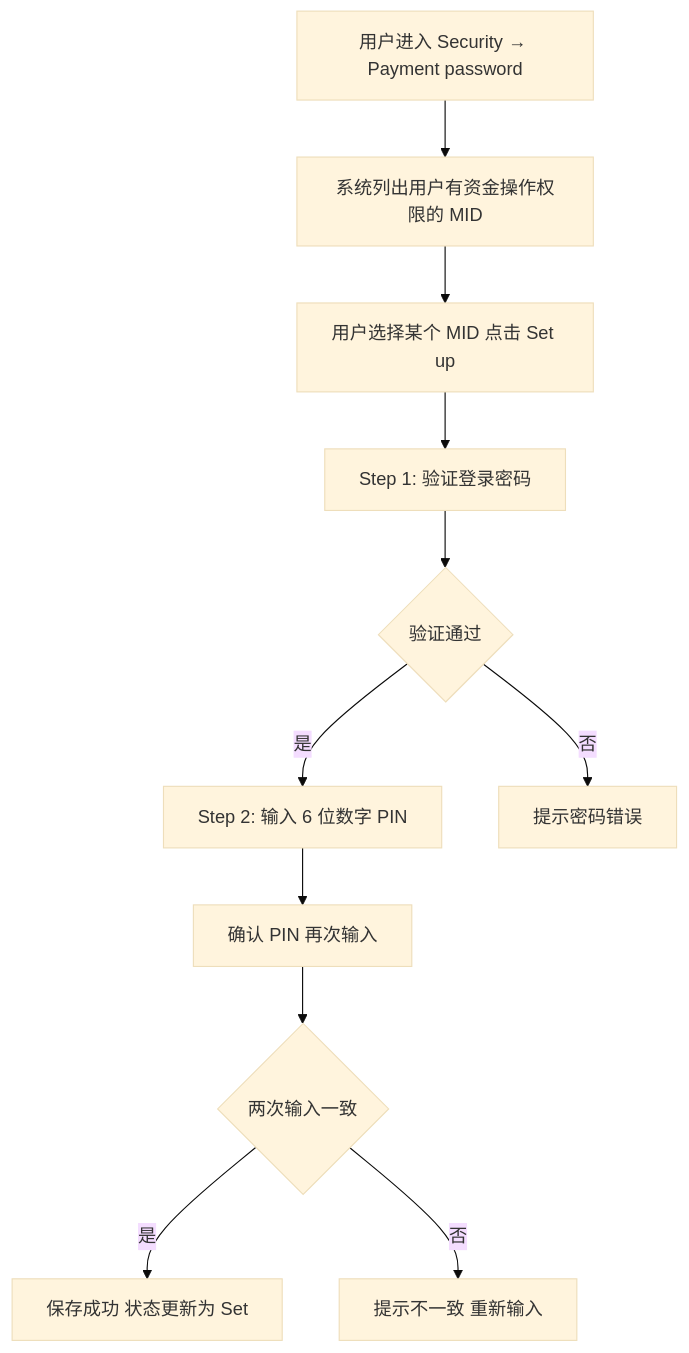
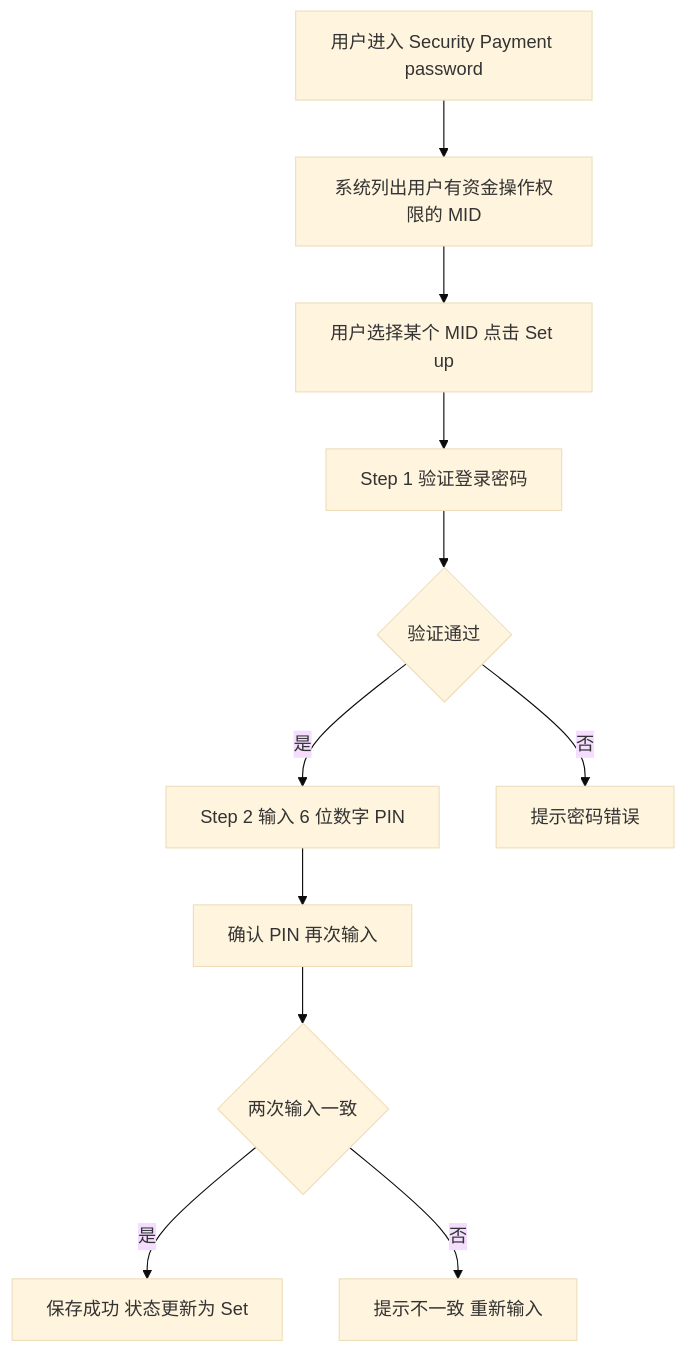
Before and after one commit to xiaoxiaoangie/EX-NEW: diagram 18 of 19 in USERPERMISSIONS/prd/Users-Roles-Permissions.md, drawn with Mermaid (base theme). The commit also changed other lines of this file and 29 other files, not shown here.

````diff
--- a/USERPERMISSIONS/prd/Users-Roles-Permissions.md
+++ b/USERPERMISSIONS/prd/Users-Roles-Permissions.md
@@ -886,13 +882,13 @@
 ```mermaid
 flowchart TD
-    A[用户进入 Security → Payment password] --> B[系统列出用户有资金操作权限的 MID]
+    A[用户进入 Security Payment password] --> B[系统列出用户有资金操作权限的 MID]
     B --> C[用户选择某个 MID 点击 Set up]
-    C --> D[Step 1: 验证登录密码]
+    C --> D[Step 1 验证登录密码]
     D --> E{验证通过}
-    E -->|是| F[Step 2: 输入 6 位数字 PIN]
+    E -->|是| F[Step 2 输入 6 位数字 PIN]
     E -->|否| G[提示密码错误]
     F --> H[确认 PIN 再次输入]
     H --> I{两次输入一致}
     I -->|是| J[保存成功 状态更新为 Set]
     I -->|否| K[提示不一致 重新输入]
 ```
````
